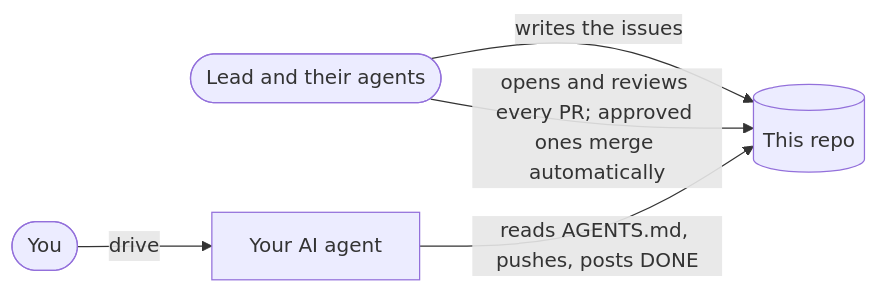
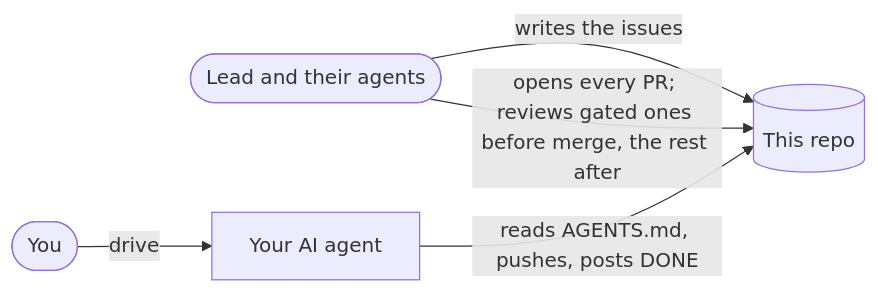
Before and after one commit to atiladeokegab/hackathon_teamwork: the second of 5 diagrams in README.md, drawn with Mermaid. The commit also changed other lines of this file and 5 other files, not shown here.

````diff
--- a/README.md
+++ b/README.md
@@ -64,7 +66,7 @@
 ```mermaid
 flowchart LR
     LEAD(["Lead and their agents"]) -- "writes the issues" --> REPO[("This repo")]
-    LEAD -- "opens and reviews every PR; approved ones merge automatically" --> REPO
+    LEAD -- "opens every PR; reviews gated ones before merge, the rest after" --> REPO
     YOU(["You"]) -- "drive" --> AGENT["Your AI agent"]
     AGENT -- "reads AGENTS.md, pushes, posts DONE" --> REPO
 ```
````
